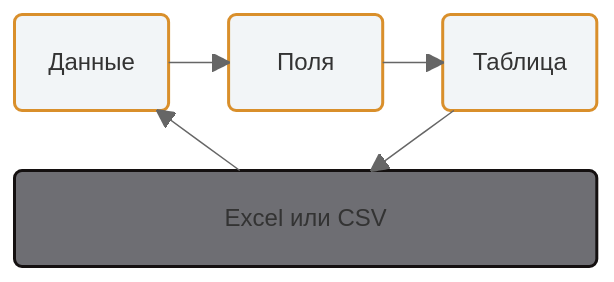
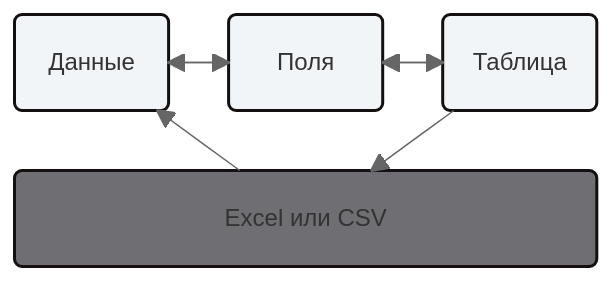
One commit to JoinSheets/JoinSheetsQuickStart changed the diagram in _index.ru.md. Above: the diagram before and after it, drawn with Mermaid (neutral theme). The commit also changed other lines of this file, not shown here.

Commit message:
Match top-row border to the bottom block, simulate bidirectional top-row arrows, add gap before the list
- classDef stage stroke: #d98f2b -> #141010, matching classDef io.
- block-beta's arrowTypeStart is hardcoded to 'arrow_open' (blockDB.ts
  nodeStatement rule) -- there is no bidirectional-arrow syntax for
  this diagram type in this mermaid version. Approximated the "you can
  travel either way" look with two opposing single-direction edges per
  pair (D-->F plus F-->D, same for F/T) instead.
- Added a raw HTML spacer before the step list -- confirmed the site's
  config/_default/markup.toml sets goldmark.renderer.unsafe = true, so
  this renders instead of being stripped.

Not done (checked, not achievable with this diagram type/version):
curving or re-anchoring the two loop arrows (Таблица->Excel/CSV,
Excel/CSV->Данные) -- renderHelpers.ts always draws a straight line
between the two blocks' centers, with no exposed way to offset the
anchor point or curve the path.

Claude-Session: https://claude.ai/code/session_01TGziJWiQEVuoobB97Nh5yA

```diff
--- a/_index.ru.md
+++ b/_index.ru.md
@@ -13,15 +13,17 @@
 {{< mermaid >}}
 %%{init: {'block': {'padding': 40}}}%%
 block-beta
 columns 3
 D("Данные") F("Поля") T("Таблица")
 X("Excel или CSV"):3
 D --> F
+F --> D
 F --> T
+T --> F
 T --> X
 X --> D
-classDef stage fill:#f2f5f7,stroke:#d98f2b,stroke-width:2px,color:#141010
+classDef stage fill:#f2f5f7,stroke:#141010,stroke-width:2px,color:#141010
 classDef io fill:#6e6e73,stroke:#141010,stroke-width:2px,color:#ffffff
 class D,F,T stage
 class X io
 {{< /mermaid >}}
```
